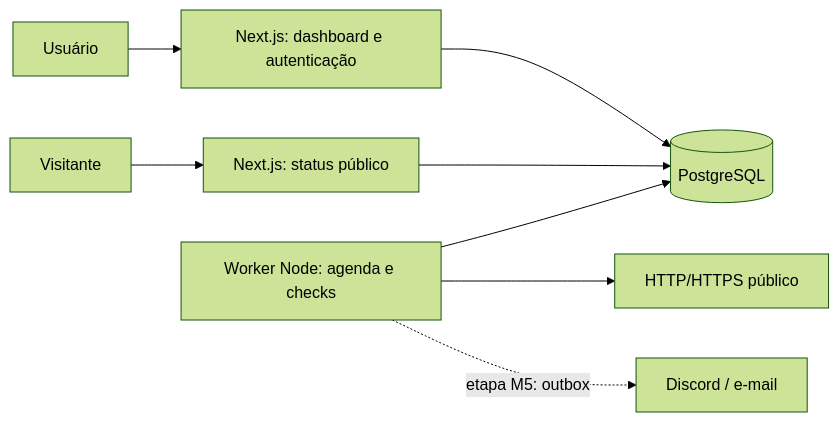
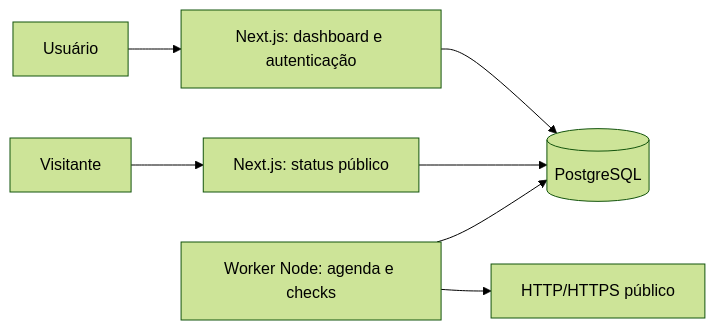
One commit to samuelsce/LinkWatch changed the diagram in docs/ARCHITECTURE.md. Above: the diagram before and after it, drawn with Mermaid (forest theme). The commit also changed other lines of this file and 4 other files, not shown here.

Commit message:
docs(architecture): reconcile implementation and planned work

````diff
--- a/docs/ARCHITECTURE.md
+++ b/docs/ARCHITECTURE.md
@@ -9,10 +9,9 @@
 ```mermaid
 flowchart LR
   U[Usuário] --> W[Next.js: dashboard e autenticação]
   V[Visitante] --> S[Next.js: status público]
   W --> DB[(PostgreSQL)]
   S --> DB
   K[Worker Node: agenda e checks] --> DB
   K --> H[HTTP/HTTPS público]
-  K -. etapa M5: outbox .-> N[Discord / e-mail]
 ```
````
